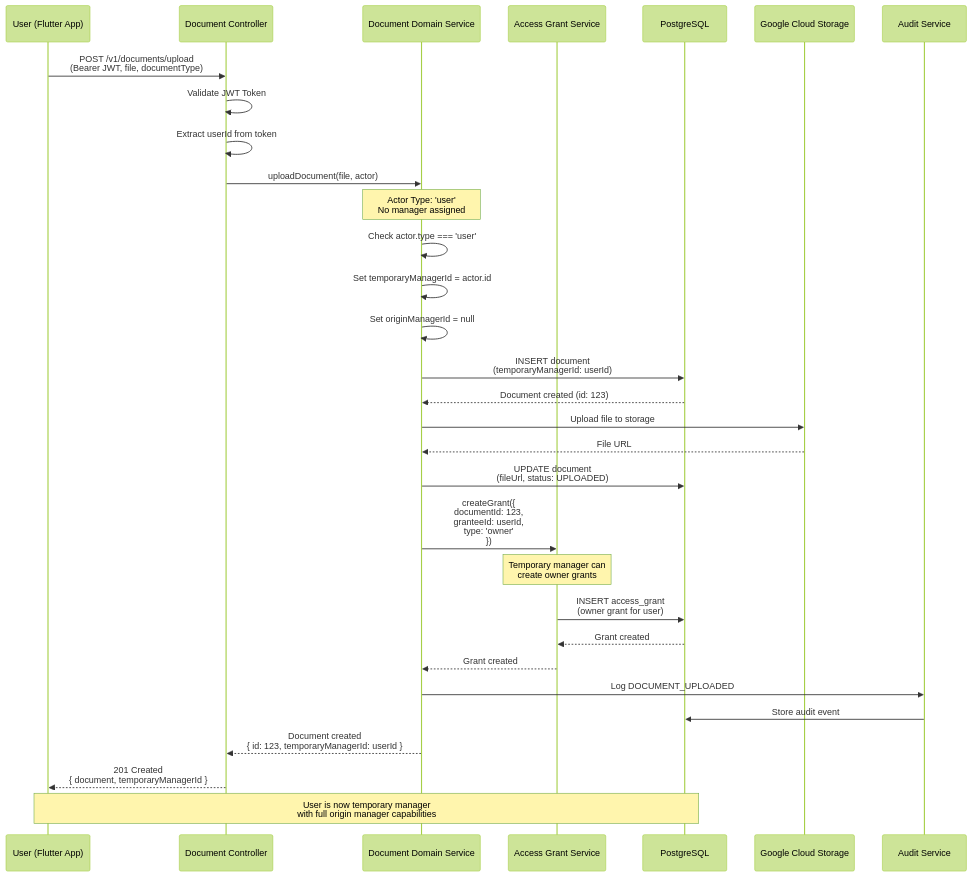
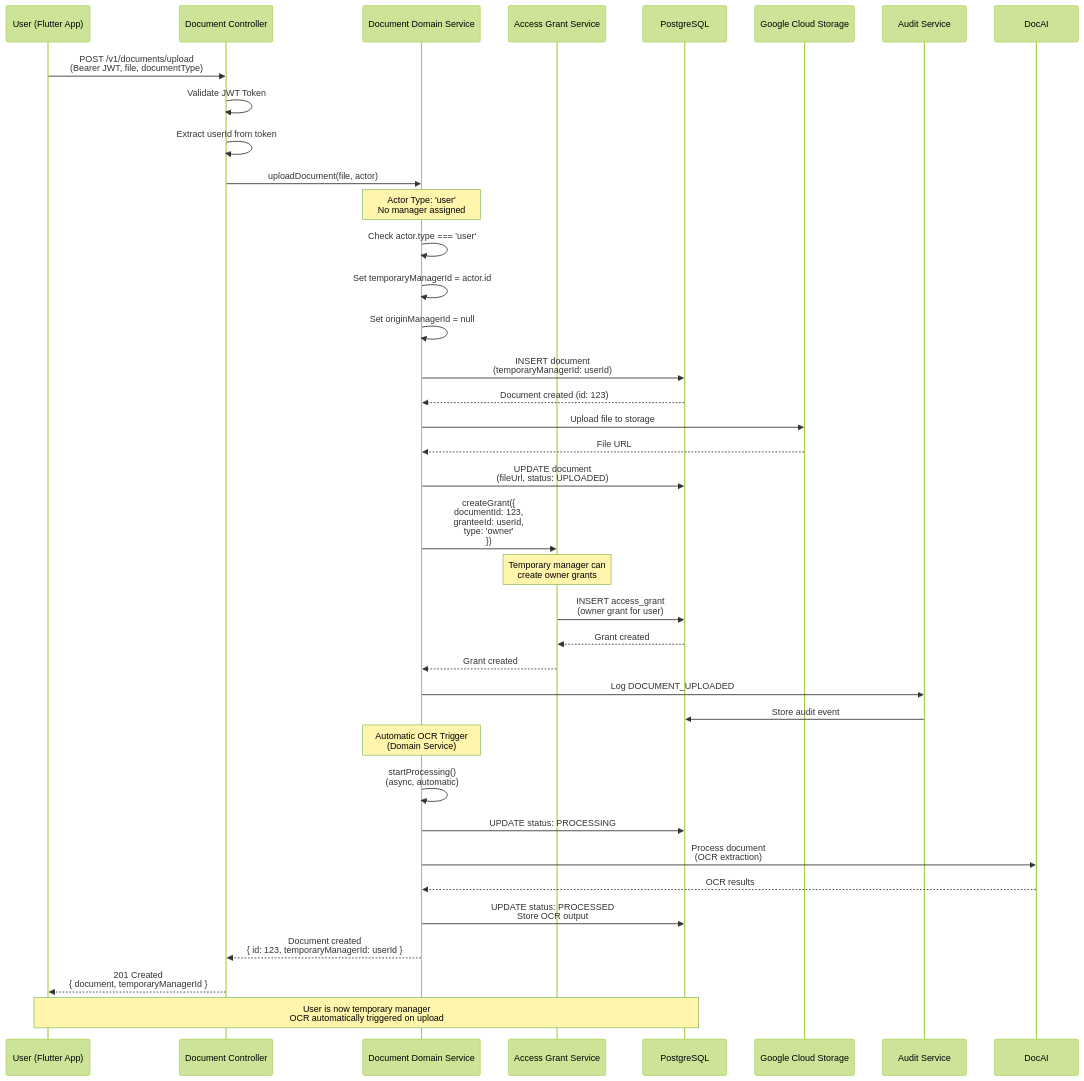
The second of 7 diagrams in docs/architecture/temporary-manager-and-anythingllm-integration.md (idropdev/keystone-core-api), drawn with Mermaid (forest theme) before and after one commit. The commit also changed other lines of this file and 2 other files, not shown here.

First line of the commit message:
feat: ensure automatic OCR on document upload

````diff
--- a/docs/architecture/temporary-manager-and-anythingllm-integration.md
+++ b/docs/architecture/temporary-manager-and-anythingllm-integration.md
@@ -147,50 +147,58 @@
 ```mermaid
 sequenceDiagram
     participant User as User (Flutter App)
     participant API as Document Controller
     participant DocService as Document Domain Service
     participant AccessService as Access Grant Service
     participant DB as PostgreSQL
     participant GCS as Google Cloud Storage
     participant Audit as Audit Service
 
     User->>API: POST /v1/documents/upload<br/>(Bearer JWT, file, documentType)
     
     API->>API: Validate JWT Token
     API->>API: Extract userId from token
     
     API->>DocService: uploadDocument(file, actor)
     
     Note over DocService: Actor Type: 'user'<br/>No manager assigned
     
     DocService->>DocService: Check actor.type === 'user'
     DocService->>DocService: Set temporaryManagerId = actor.id
     DocService->>DocService: Set originManagerId = null
     
     DocService->>DB: INSERT document<br/>(temporaryManagerId: userId)
     
     DB-->>DocService: Document created (id: 123)
     
     DocService->>GCS: Upload file to storage
     GCS-->>DocService: File URL
     
     DocService->>DB: UPDATE document<br/>(fileUrl, status: UPLOADED)
     
     DocService->>AccessService: createGrant({<br/>  documentId: 123,<br/>  granteeId: userId,<br/>  type: 'owner'<br/>})
     
     Note over AccessService: Temporary manager can<br/>create owner grants
     
     AccessService->>DB: INSERT access_grant<br/>(owner grant for user)
     DB-->>AccessService: Grant created
     
     AccessService-->>DocService: Grant created
     
     DocService->>Audit: Log DOCUMENT_UPLOADED
     Audit->>DB: Store audit event
     
+    Note over DocService: Automatic OCR Trigger<br/>(Domain Service)
+    
+    DocService->>DocService: startProcessing()<br/>(async, automatic)
+    DocService->>DB: UPDATE status: PROCESSING
+    DocService->>DocAI: Process document<br/>(OCR extraction)
+    DocAI-->>DocService: OCR results
+    DocService->>DB: UPDATE status: PROCESSED<br/>Store OCR output
+    
     DocService-->>API: Document created<br/>{ id: 123, temporaryManagerId: userId }
     
     API-->>User: 201 Created<br/>{ document, temporaryManagerId }
     
-    Note over User,DB: User is now temporary manager<br/>with full origin manager capabilities
+    Note over User,DB: User is now temporary manager<br/>OCR automatically triggered on upload
 ```
````
